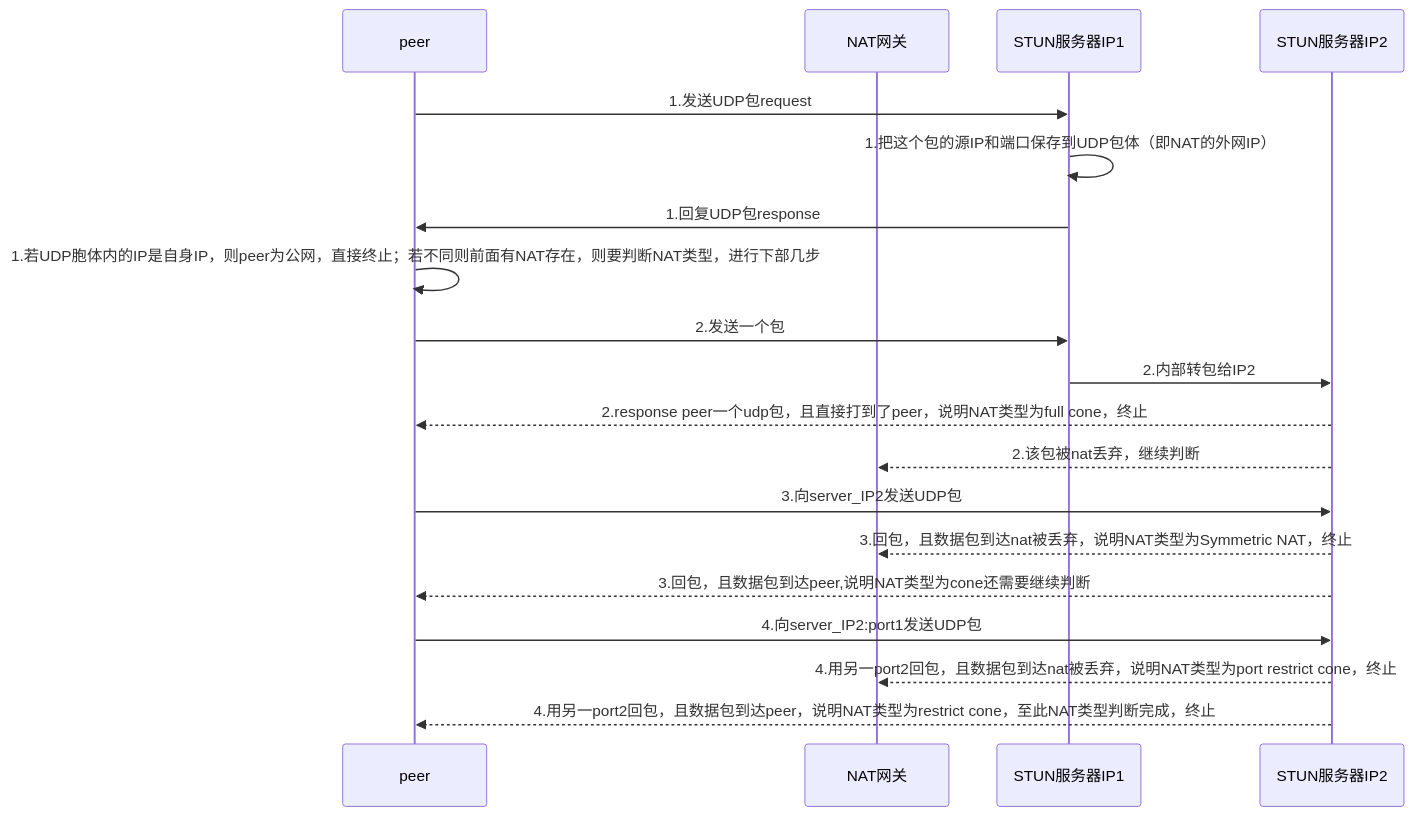
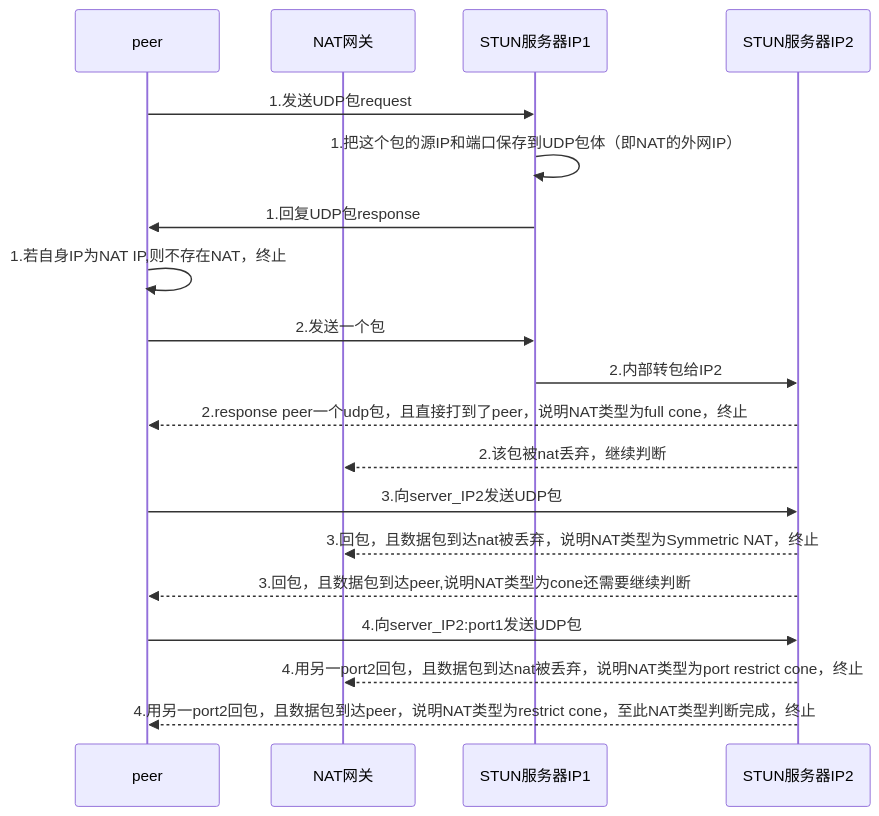
Before and after one commit to landness/gitbook: the second of 2 diagrams in WebRtc/webrtc网络模型.md, drawn with Mermaid. The commit also changed other lines of this file and 11 other files, not shown here.

````diff
--- a/WebRtc/webrtc网络模型.md
+++ b/WebRtc/webrtc网络模型.md
@@ -50,21 +52,21 @@
 ```mermaid
 sequenceDiagram
 participant peer as peer
 participant  nat as NAT网关
 participant server_IP1 as STUN服务器IP1
 participant server_IP2 as STUN服务器IP2
 peer ->> server_IP1: 1.发送UDP包request
 server_IP1 ->> server_IP1:1.把这个包的源IP和端口保存到UDP包体（即NAT的外网IP）
 server_IP1 ->> peer:1.回复UDP包response
-peer ->> peer:1.若UDP胞体内的IP是自身IP，则peer为公网，直接终止；若不同则前面有NAT存在，则要判断NAT类型，进行下部几步
+peer ->> peer:1.若自身IP为NAT IP,则不存在NAT，终止
 peer ->> server_IP1:2.发送一个包
 server_IP1 ->> server_IP2:2.内部转包给IP2
 server_IP2 -->> peer:2.response peer一个udp包，且直接打到了peer，说明NAT类型为full cone，终止
 server_IP2 -->> nat:2.该包被nat丢弃，继续判断
 peer ->> server_IP2:3.向server_IP2发送UDP包
 server_IP2 -->> nat:3.回包，且数据包到达nat被丢弃，说明NAT类型为Symmetric NAT，终止
 server_IP2 -->>peer:3.回包，且数据包到达peer,说明NAT类型为cone还需要继续判断
 peer ->> server_IP2:4.向server_IP2:port1发送UDP包
 server_IP2 -->> nat:4.用另一port2回包，且数据包到达nat被丢弃，说明NAT类型为port restrict cone，终止
 server_IP2 -->> peer:4.用另一port2回包，且数据包到达peer，说明NAT类型为restrict cone，至此NAT类型判断完成，终止
 ```
````
